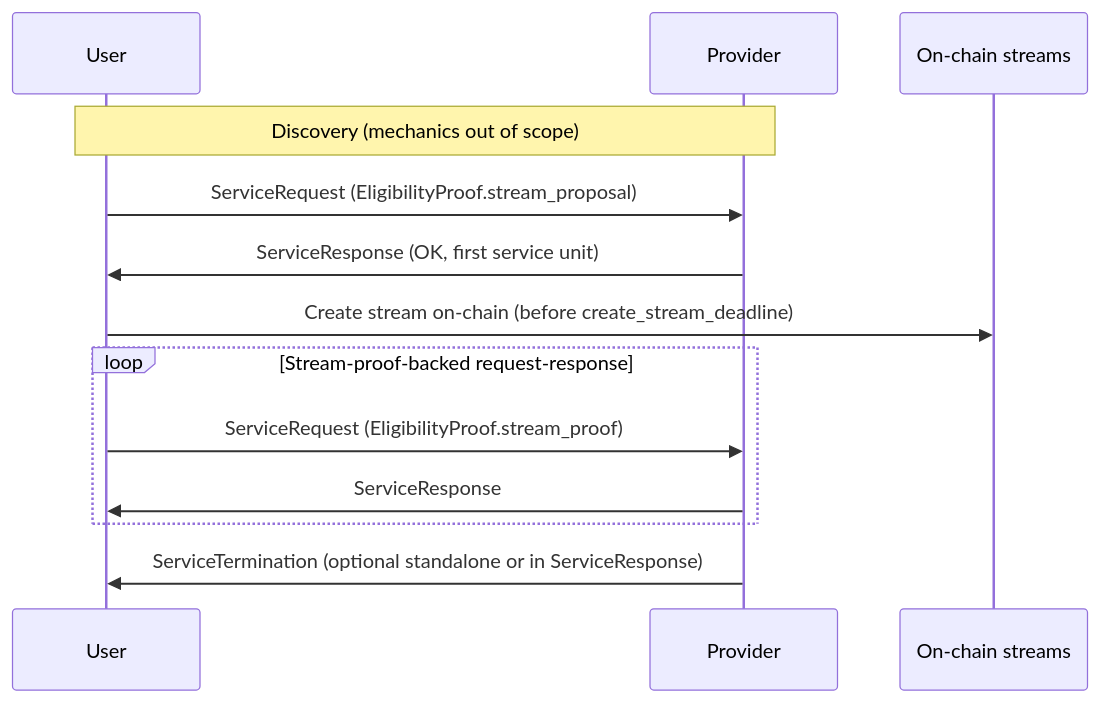
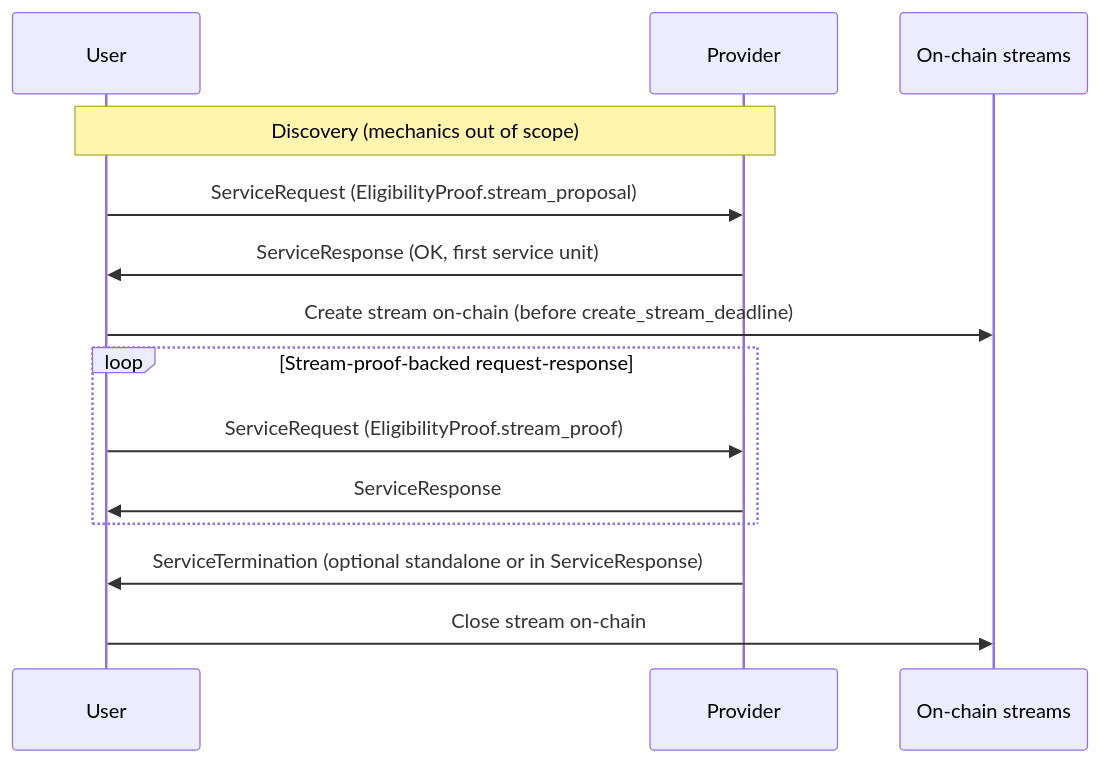
Before and after one commit to vacp2p/rfc-index: the second of 2 diagrams in docs/anoncomms/raw/payment-streams.md, drawn with Mermaid. The commit also changed other lines of this file, not shown here.

````diff
--- a/docs/anoncomms/raw/payment-streams.md
+++ b/docs/anoncomms/raw/payment-streams.md
@@ -400,16 +391,17 @@
 ```mermaid
 sequenceDiagram
   participant User
   participant Provider
   participant Chain as On-chain streams
 
   Note over User,Provider: Discovery (mechanics out of scope)
   User->>Provider: ServiceRequest (EligibilityProof.stream_proposal)
   Provider->>User: ServiceResponse (OK, first service unit)
   User->>Chain: Create stream on-chain (before create_stream_deadline)
   loop Stream-proof-backed request-response
     User->>Provider: ServiceRequest (EligibilityProof.stream_proof)
     Provider->>User: ServiceResponse
   end
   Provider->>User: ServiceTermination (optional standalone or in ServiceResponse)
+  User->>Chain: Close stream on-chain
 ```
````
